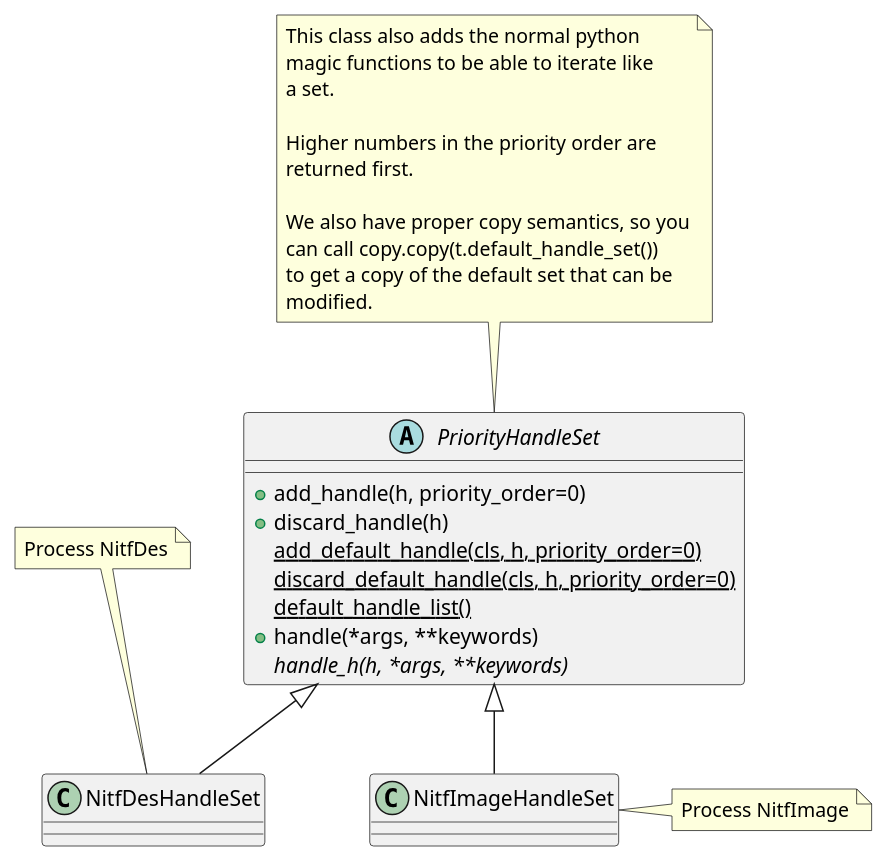
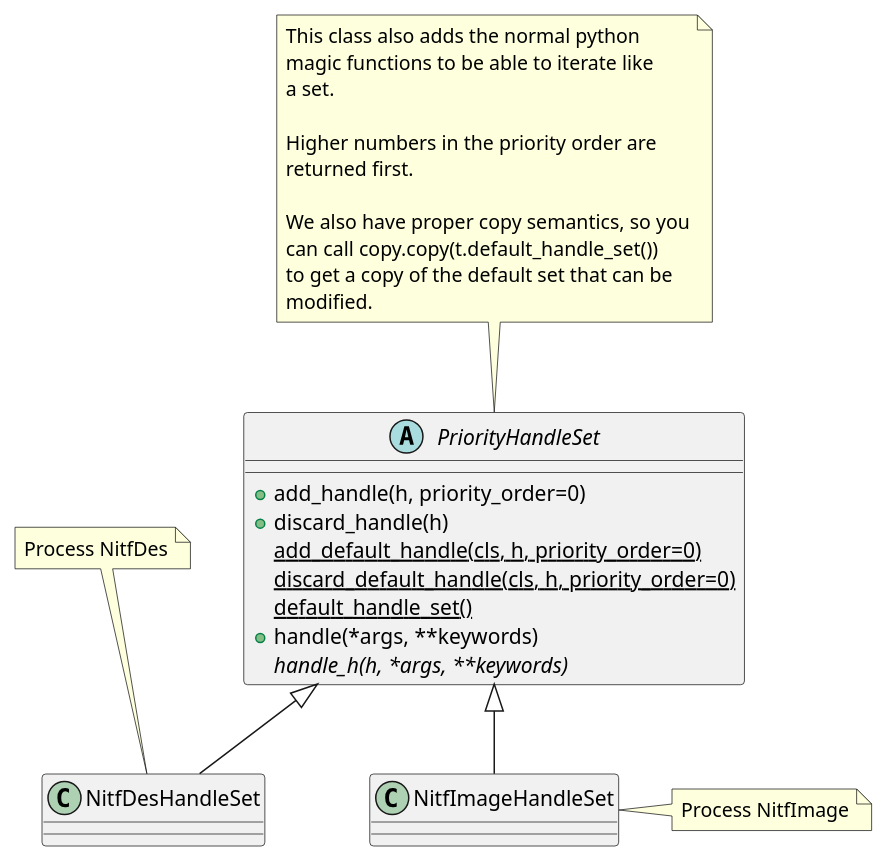
The first of 3 diagrams in doc/design.rst (Cartography-jpl/pynitf), drawn with PlantUML before and after one commit. The commit also changed other lines of this file, not shown here.

```diff
--- a/doc/design.rst
+++ b/doc/design.rst
@@ -29,38 +29,38 @@
 .. uml::
    :caption: Priority Handle Set
 
    abstract class PriorityHandleSet {
       +add_handle(h, priority_order=0)
       +discard_handle(h)
       {static} add_default_handle(cls, h, priority_order=0)
       {static} discard_default_handle(cls, h, priority_order=0)
-      {static} default_handle_list()
+      {static} default_handle_set()
       +handle(*args, **keywords)
       {abstract} handle_h(h, *args, **keywords)
    }
    note top
       This class also adds the normal python
       magic functions to be able to iterate like
       a set.
 
       Higher numbers in the priority order are
       returned first.
 
       We also have proper copy semantics, so you
       can call copy.copy(t.default_handle_set())
       to get a copy of the default set that can be
       modified.
    end note
 
    class NitfDesHandleSet
    note top
       Process NitfDes
    end note
 
    class NitfImageHandleSet
    note right
       Process NitfImage
    end note
 
    PriorityHandleSet <|-- NitfDesHandleSet
    PriorityHandleSet <|-- NitfImageHandleSet
```
